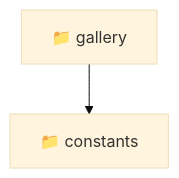
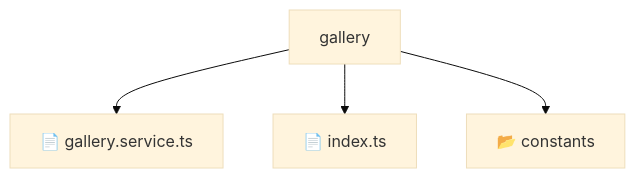
The diagram in frontend/src/entities/gallery/README.md (beginwebdev2002/fullstack-mavluda), drawn with Mermaid (base theme) before and after one commit. The commit also changed other lines of this file and 155 other files, not shown here.

````diff
--- a/frontend/src/entities/gallery/README.md
+++ b/frontend/src/entities/gallery/README.md
@@ -10,5 +14,7 @@
 ```mermaid
 graph TD
-  Root["📁 gallery"]
-  Root --> constants["📁 constants"]
+    Root[gallery]
+    Root --> F0[📄 gallery.service.ts]
+    Root --> F1[📄 index.ts]
+    Root --> F2[📂 constants]
 ```
````
